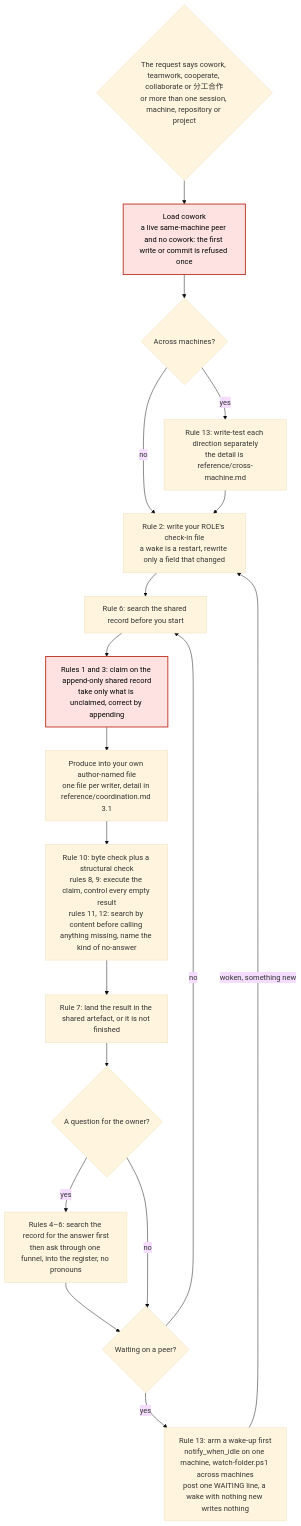
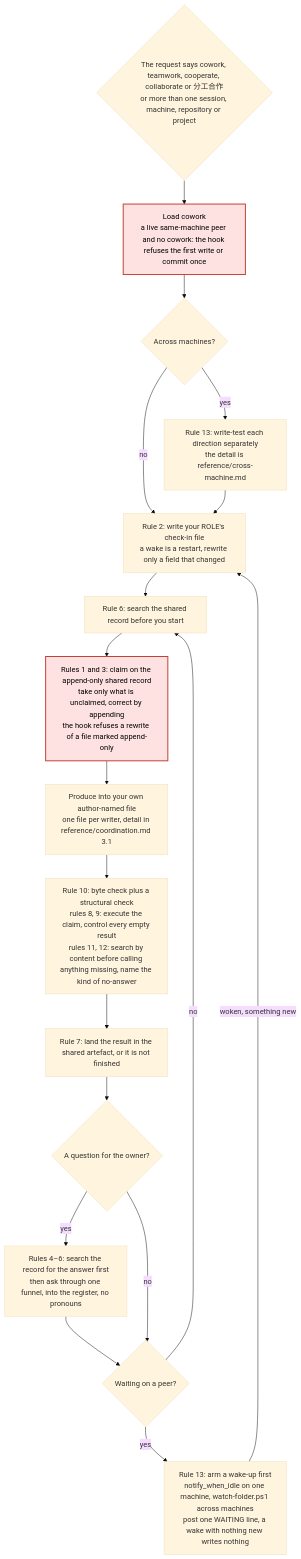
One commit to Dino9021/dispatch-guard changed the sixth of 6 diagrams in README.md. Above: the diagram before and after it, drawn with Mermaid (base theme). The commit also changed other lines of this file and 2 other files, not shown here.

````diff
--- a/README.md
+++ b/README.md
@@ -2540,22 +2540,22 @@
 ```mermaid
 flowchart TD
-  trigger{"The request says cowork, teamwork, cooperate, collaborate or 分工合作<br/>or more than one session, machine, repository or project"} --> loadCowork["Load cowork<br/>a live same-machine peer and no cowork: the first write or commit is refused once"]
+  trigger{"The request says cowork, teamwork, cooperate, collaborate or 分工合作<br/>or more than one session, machine, repository or project"} --> loadCowork["Load cowork<br/>a live same-machine peer and no cowork: the hook refuses the first write or commit once"]
   loadCowork --> crossMachine{"Across machines?"}
   crossMachine -->|"yes"| writeTest["Rule 13: write-test each direction separately<br/>the detail is reference/cross-machine.md"]
   crossMachine -->|"no"| checkIn
   writeTest --> checkIn["Rule 2: write your ROLE's check-in file<br/>a wake is a restart, rewrite only a field that changed"]
   checkIn --> searchFirst["Rule 6: search the shared record before you start"]
-  searchFirst --> claim["Rules 1 and 3: claim on the append-only shared record<br/>take only what is unclaimed, correct by appending"]
+  searchFirst --> claim["Rules 1 and 3: claim on the append-only shared record<br/>take only what is unclaimed, correct by appending<br/>the hook refuses a rewrite of a file marked append-only"]
   claim --> authorFile["Produce into your own author-named file<br/>one file per writer, detail in reference/coordination.md 3.1"]
   authorFile --> verifyWrite["Rule 10: byte check plus a structural check<br/>rules 8, 9: execute the claim, control every empty result<br/>rules 11, 12: search by content before calling anything missing, name the kind of no-answer"]
   verifyWrite --> landResult["Rule 7: land the result in the shared artefact, or it is not finished"]
   landResult --> askOwner{"A question for the owner?"}
   askOwner -->|"yes"| funnel["Rules 4–6: search the record for the answer first<br/>then ask through one funnel, into the register, no pronouns"]
   funnel --> waitPeer
   askOwner -->|"no"| waitPeer{"Waiting on a peer?"}
   waitPeer -->|"yes"| armWake["Rule 13: arm a wake-up first<br/>notify_when_idle on one machine, watch-folder.ps1 across machines<br/>post one WAITING line, a wake with nothing new writes nothing"]
   armWake -->|"woken, something new"| checkIn
   waitPeer -->|"no"| searchFirst
   class loadCowork,claim gate
   classDef gate fill:#fde2e1,stroke:#c0392b,stroke-width:2px,color:#000
 ```
````
